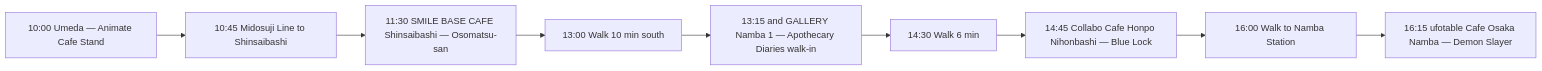
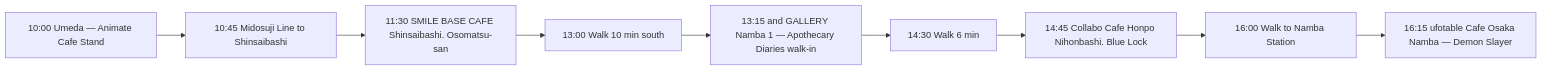
One commit to Takashi-Kiyohara/japan-pop-now changed the diagram in content/articles/osaka-anime-cafes-complete-guide-2026.mdx. Above: the diagram before and after it, drawn with Mermaid. The commit also changed other lines of this file and 72 other files, not shown here.

````diff
--- a/content/articles/osaka-anime-cafes-complete-guide-2026.mdx
+++ b/content/articles/osaka-anime-cafes-complete-guide-2026.mdx
@@ -202,11 +212,11 @@
 ```mermaid
 graph LR
     A[10:00 Umeda — Animate Cafe Stand] --> B[10:45 Midosuji Line to Shinsaibashi]
-    B --> C[11:30 SMILE BASE CAFE Shinsaibashi — Osomatsu-san]
+    B --> C[11:30 SMILE BASE CAFE Shinsaibashi. Osomatsu-san]
     C --> D[13:00 Walk 10 min south]
     D --> E[13:15 and GALLERY Namba 1 — Apothecary Diaries walk-in]
     E --> F[14:30 Walk 6 min]
-    F --> G[14:45 Collabo Cafe Honpo Nihonbashi — Blue Lock]
+    F --> G[14:45 Collabo Cafe Honpo Nihonbashi. Blue Lock]
     G --> H[16:00 Walk to Namba Station]
     H --> I[16:15 ufotable Cafe Osaka Namba — Demon Slayer]
 ```
````
